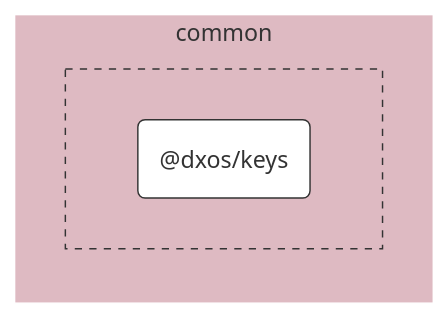
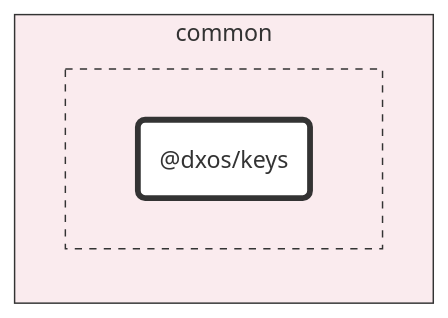
The diagram in packages/common/keys/docs/README.md (dxos/dxos), drawn with Mermaid before and after one commit. The commit also changed 93 other files, not shown here.

First line of the commit message:
chore: hierarchical graphs. (#1583)

````diff
--- a/packages/common/keys/docs/README.md
+++ b/packages/common/keys/docs/README.md
@@ -7,24 +7,24 @@
 ```mermaid
 %%{ init: {'flowchart':{'curve':'basis'}} }%%
 
 flowchart LR
 
 %% Classes
 classDef def fill:#fff,stroke:#333,stroke-width:1px
 classDef root fill:#fff,stroke:#333,stroke-width:4px
 
 %% Nodes
 
 subgraph common [common]
-  style common fill:#debac2,stroke:#fff
+  style common fill:#faebee,stroke:#333
 
-  subgraph common-excluded [ ]
-    style common-excluded fill:#debac2,stroke:#333,stroke-dasharray:5 5
-    dxos/keys("@dxos/keys"):::def
+  subgraph _ [ ]
+    style _ fill:#faebee,stroke:#333,stroke-dasharray:5 5
+    dxos/keys("@dxos/keys"):::root
     click dxos/keys "dxos/dxos/tree/main/packages/common/keys/docs"
   end
 end
 
 %% Links
 linkStyle default stroke:#333,stroke-width:1px
 ```
````
